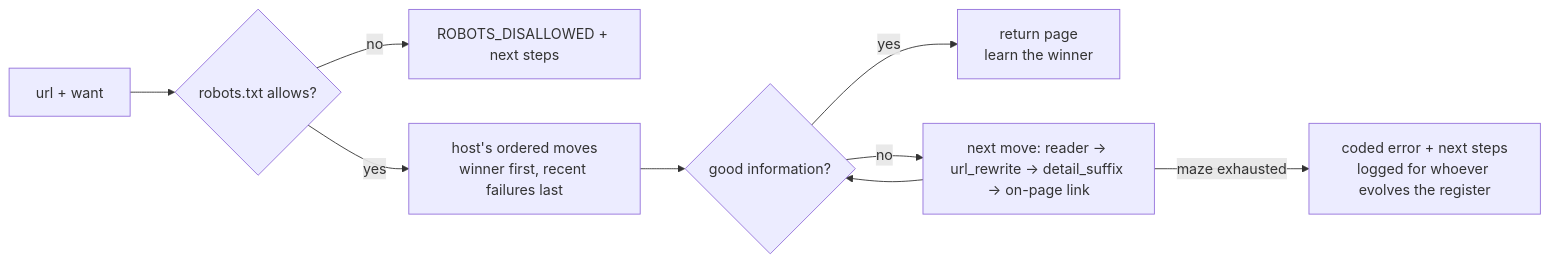
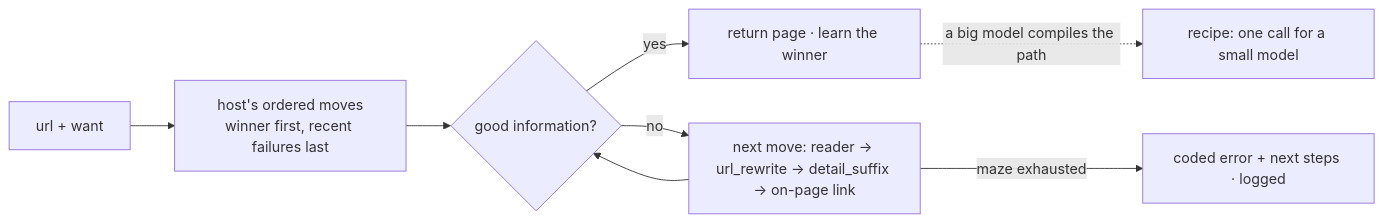
Before and after one commit to sireggserroneous/scout-mcp: the diagram in README.md, drawn with Mermaid. The commit also changed other lines of this file and 7 other files, not shown here.

First line of the commit message:
Recipes: a big model compiles a site into one call a 4B model runs

````diff
--- a/README.md
+++ b/README.md
@@ -73,11 +128,10 @@
 ```mermaid
 flowchart LR
-  U[url + want] --> R{robots.txt allows?}
-  R -- no --> E1[ROBOTS_DISALLOWED + next steps]
-  R -- yes --> O[host's ordered moves<br/>winner first, recent failures last]
+  U[url + want] --> O[host's ordered moves<br/>winner first, recent failures last]
   O --> J{good information?}
-  J -- yes --> W[return page<br/>learn the winner]
+  J -- yes --> W[return page · learn the winner]
   J -- no --> N[next move: reader → url_rewrite → detail_suffix → on-page link]
   N --> J
-  N -- maze exhausted --> E2[coded error + next steps<br/>logged for whoever evolves the register]
+  N -- maze exhausted --> E[coded error + next steps · logged]
+  W -. a big model compiles the path .-> R[recipe: one call for a small model]
 ```
````
